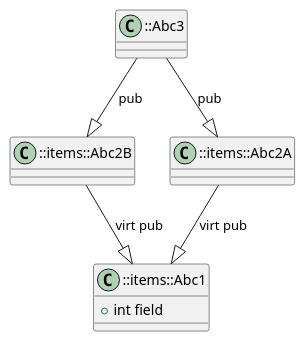
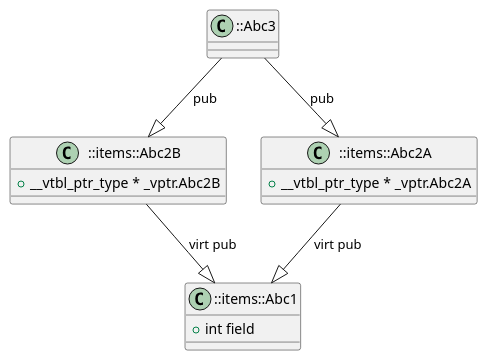
Before and after one commit to anetczuk/gcc-uml: the diagram in examples/inheritgraph/inherit_diamond2.cpp.puml, drawn with PlantUML. The commit also changed 44 other files, not shown here.

```diff
--- a/examples/inheritgraph/inherit_diamond2.cpp.puml
+++ b/examples/inheritgraph/inherit_diamond2.cpp.puml
@@ -1,22 +1,24 @@
 @startuml
 
 class "::Abc3" as item_0 {
 }
 class "::items::Abc2B" as item_1 {
+    {field} + __vtbl_ptr_type * _vptr.Abc2B
 }
 class "::items::Abc2A" as item_2 {
+    {field} + __vtbl_ptr_type * _vptr.Abc2A
 }
 class "::items::Abc1" as item_3 {
     {field} + int field
 }
 
+' ::Abc3 --|> ::items::Abc2A
+item_0 --|> item_2: "pub"
 ' ::Abc3 --|> ::items::Abc2B
 item_0 --|> item_1: "pub"
-' ::Abc3 --|> ::items::Abc2A
-item_0 --|> item_2: "pub"
 ' ::items::Abc2B --|> ::items::Abc1
 item_1 --|> item_3: "virt pub"
 ' ::items::Abc2A --|> ::items::Abc1
 item_2 --|> item_3: "virt pub"
 
 @enduml
```
